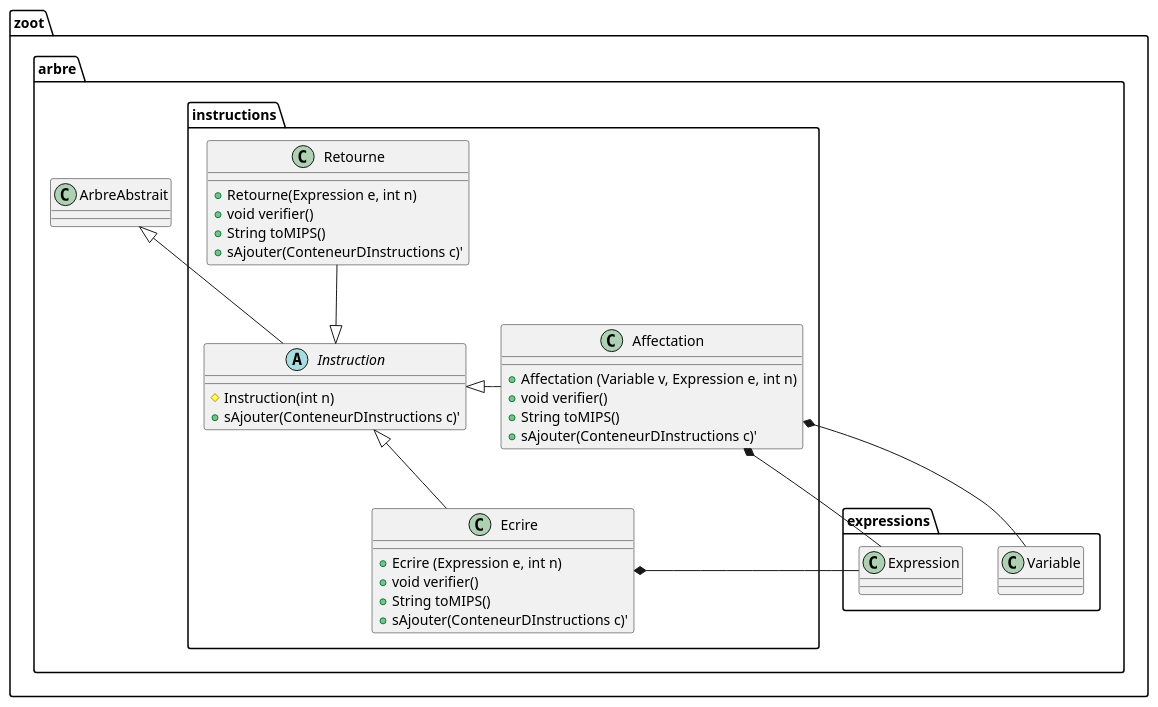
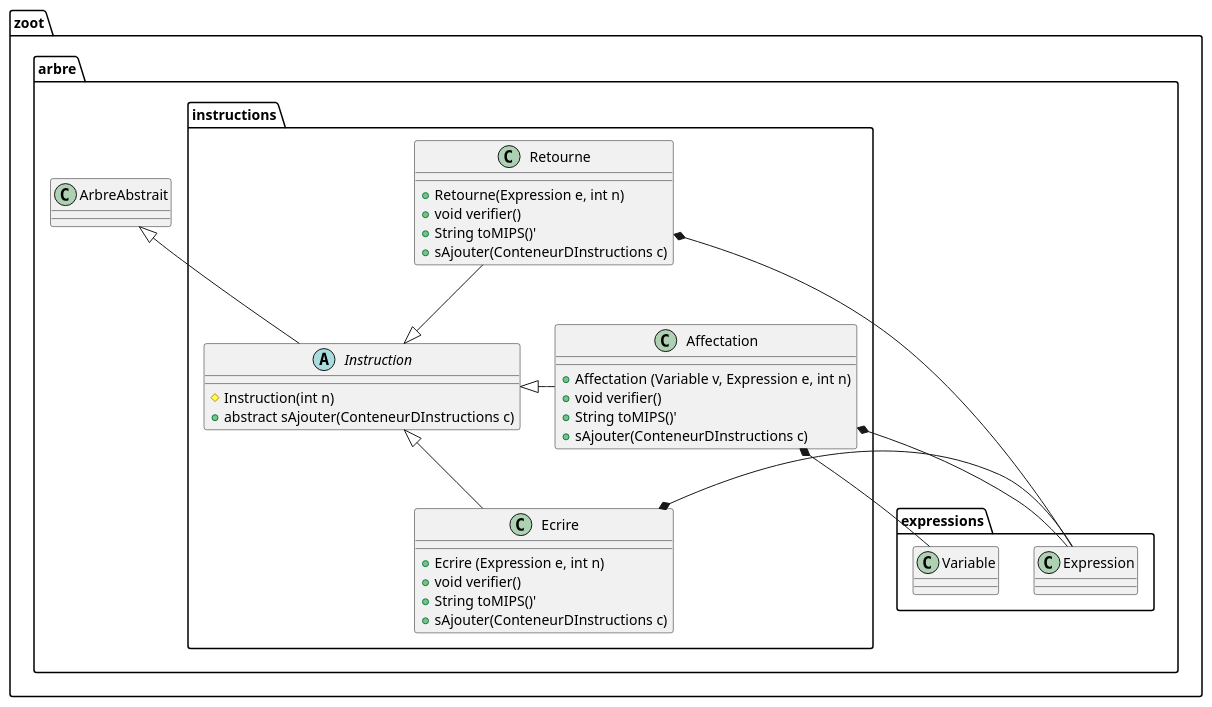
The diagram in diagrammes/classe/instructions.puml (lmtb06/zoot), drawn with PlantUML before and after one commit. The commit also changed 5 other files, not shown here.

Commit message:
Implémentation de l'UML (sauf le toMIPS)

```diff
--- a/diagrammes/classe/instructions.puml
+++ b/diagrammes/classe/instructions.puml
@@ -1,42 +1,43 @@
 @startuml "Package instructions"
 
 namespace zoot.arbre.instructions {
     ' Includes
     ' Classes
     class Ecrire {
         + Ecrire (Expression e, int n)
         + void verifier()
-        + String toMIPS()
-        + sAjouter(ConteneurDInstructions c)'
+        + String toMIPS()'
+        + sAjouter(ConteneurDInstructions c)
     }
 
     class Affectation {
         + Affectation (Variable v, Expression e, int n)
         + void verifier()
-        + String toMIPS()
-        + sAjouter(ConteneurDInstructions c)'
+        + String toMIPS()'
+        + sAjouter(ConteneurDInstructions c)
     }
 
     class Retourne {
         + Retourne(Expression e, int n)
         + void verifier()
-        + String toMIPS()
-        + sAjouter(ConteneurDInstructions c)'
+        + String toMIPS()'
+        + sAjouter(ConteneurDInstructions c)
     }
 
     abstract class Instruction {
         # Instruction(int n)
-        + sAjouter(ConteneurDInstructions c)'
+        + abstract sAjouter(ConteneurDInstructions c)
     }
     
     ' Relations entre les classes
     Ecrire -up-|> Instruction
     Ecrire *-right- zoot.arbre.expressions.Expression
     Instruction -up-|> zoot.arbre.ArbreAbstrait
     Affectation -right-|> Instruction
     Affectation *-- zoot.arbre.expressions.Variable
     Affectation *-down- zoot.arbre.expressions.Expression
+    Retourne *-- zoot.arbre.expressions.Expression
     Retourne --|> Instruction
 }
 
 @enduml
```
